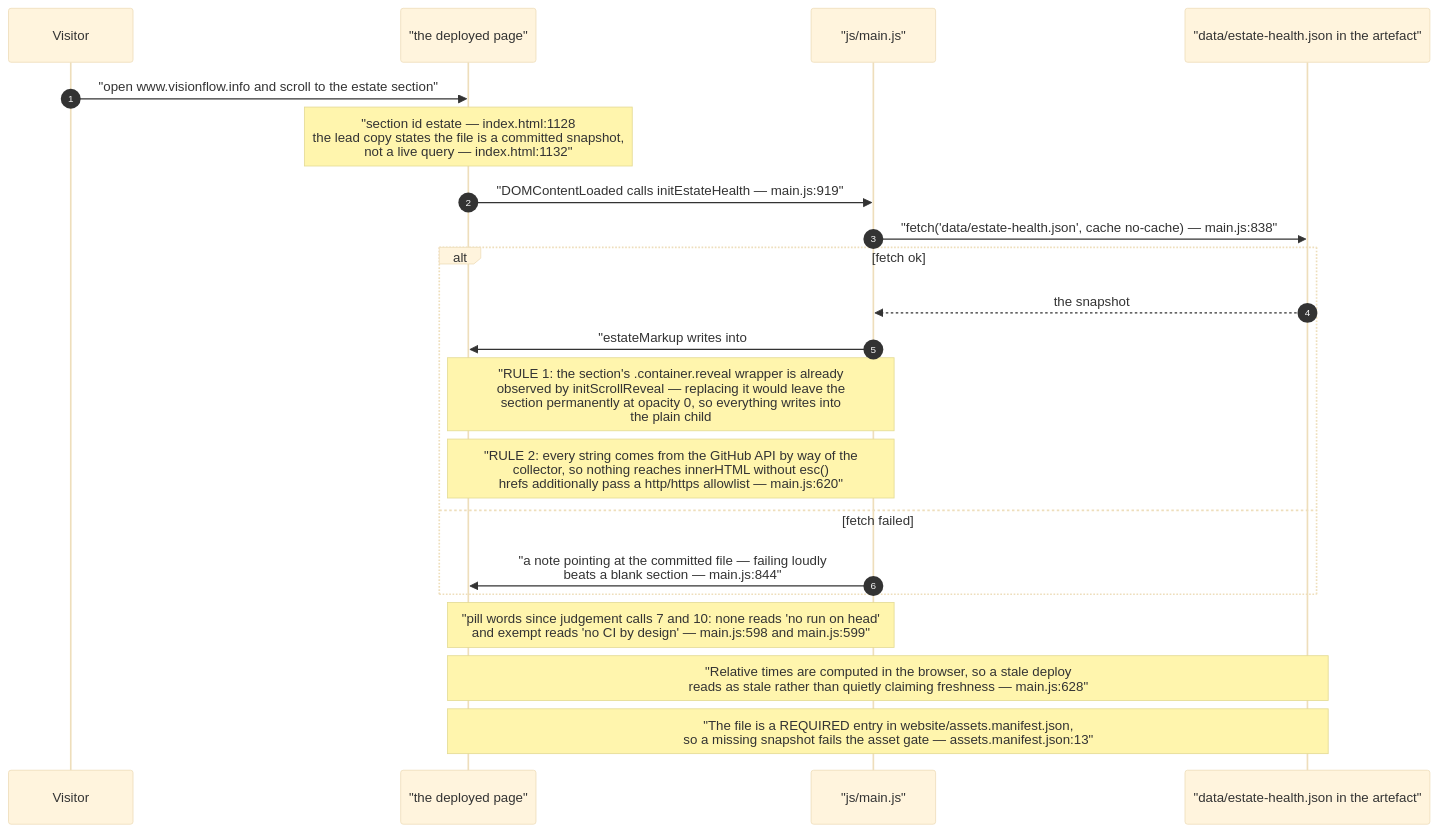
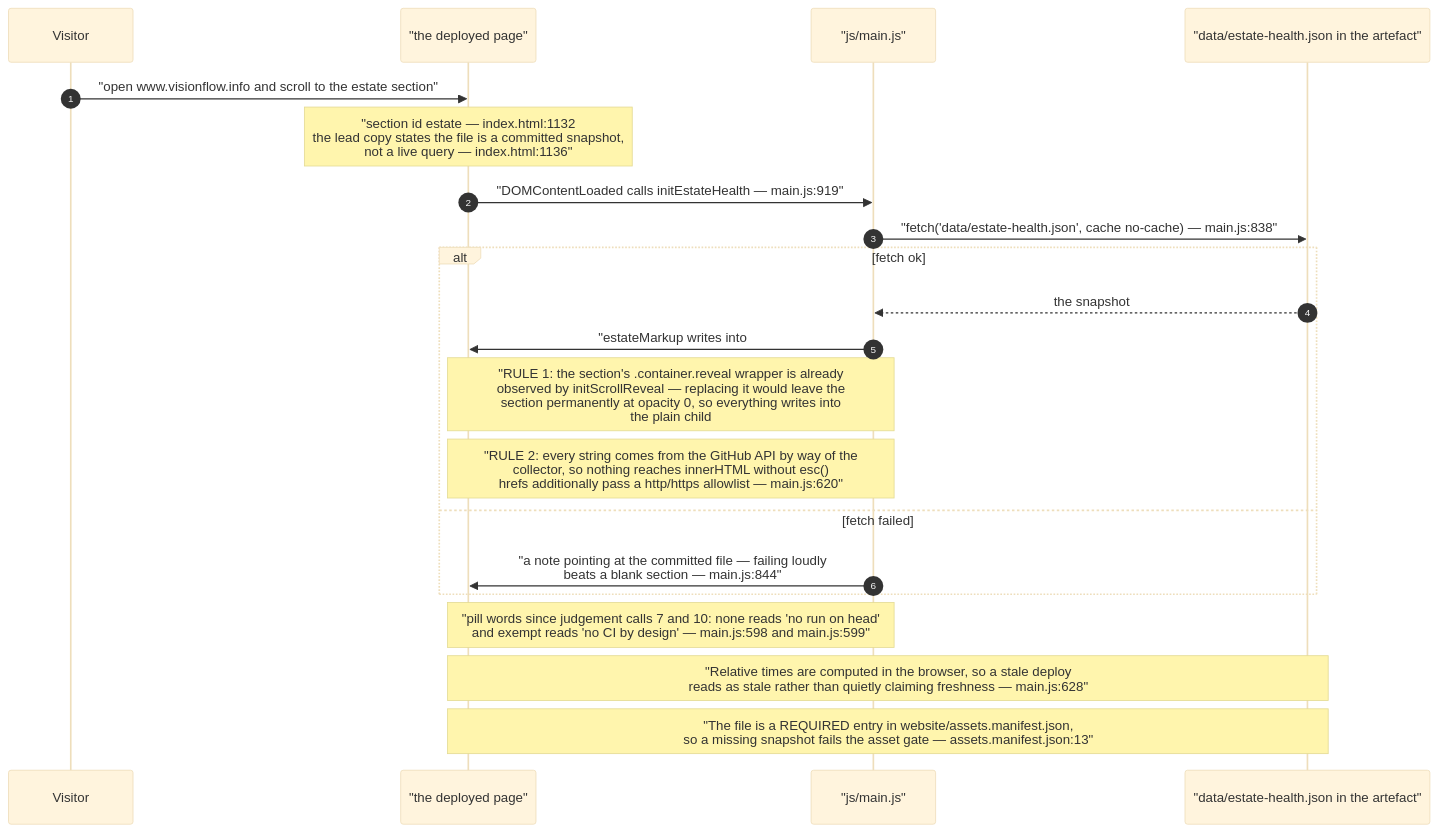
One commit to DreamLab-AI/VisionFlow changed the eighth of 9 diagrams in docs/diagrams/visionflow/03-estate-health.md. Above: the diagram before and after it, drawn with Mermaid (base theme). The commit also changed other lines of this file and 80 other files, not shown here.

First line of the commit message:
docs(diagrams): re-verify the agentbox, dreamlab, estate and visionflow corpus against current sources

````diff
--- a/docs/diagrams/visionflow/03-estate-health.md
+++ b/docs/diagrams/visionflow/03-estate-health.md
@@ -247,24 +249,24 @@
 ```mermaid
 sequenceDiagram
     autonumber
     participant V as Visitor
     participant P as "the deployed page"
     participant M as "js/main.js"
     participant F as "data/estate-health.json in the artefact"
 
     V->>P: "open www.visionflow.info and scroll to the estate section"
-    Note over P: "section id estate — index.html:1128<br/>the lead copy states the file is a committed snapshot,<br/>not a live query — index.html:1132"
+    Note over P: "section id estate — index.html:1132<br/>the lead copy states the file is a committed snapshot,<br/>not a live query — index.html:1136"
     P->>M: "DOMContentLoaded calls initEstateHealth — main.js:919"
     M->>F: "fetch('data/estate-health.json', cache no-cache) — main.js:838"
     alt fetch ok
         F-->>M: the snapshot
         M->>P: "estateMarkup writes into #estate-body — main.js:841"
         Note over M,P: "RULE 1: the section's .container.reveal wrapper is already<br/>observed by initScrollReveal — replacing it would leave the<br/>section permanently at opacity 0, so everything writes into<br/>the plain child #estate-body — main.js:587"
         Note over M,P: "RULE 2: every string comes from the GitHub API by way of the<br/>collector, so nothing reaches innerHTML without esc()<br/>hrefs additionally pass a http/https allowlist — main.js:620"
     else fetch failed
         M->>P: "a note pointing at the committed file — failing loudly<br/>beats a blank section — main.js:844"
     end
     Note over M,P: "pill words since judgement calls 7 and 10: none reads 'no run on head'<br/>and exempt reads 'no CI by design' — main.js:598 and main.js:599"
     Note over P,F: "Relative times are computed in the browser, so a stale deploy<br/>reads as stale rather than quietly claiming freshness — main.js:628"
     Note over P,F: "The file is a REQUIRED entry in website/assets.manifest.json,<br/>so a missing snapshot fails the asset gate — assets.manifest.json:13"
 ```
````
